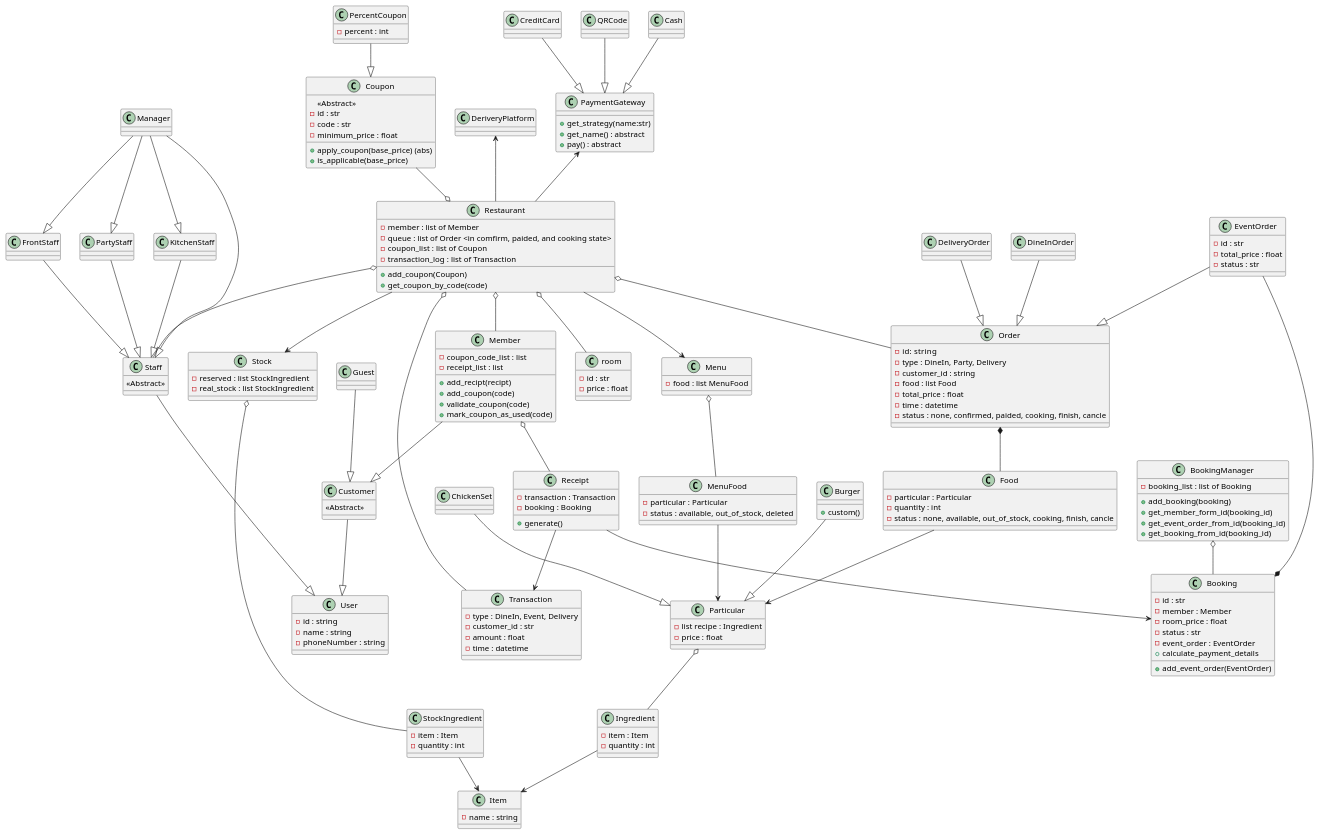
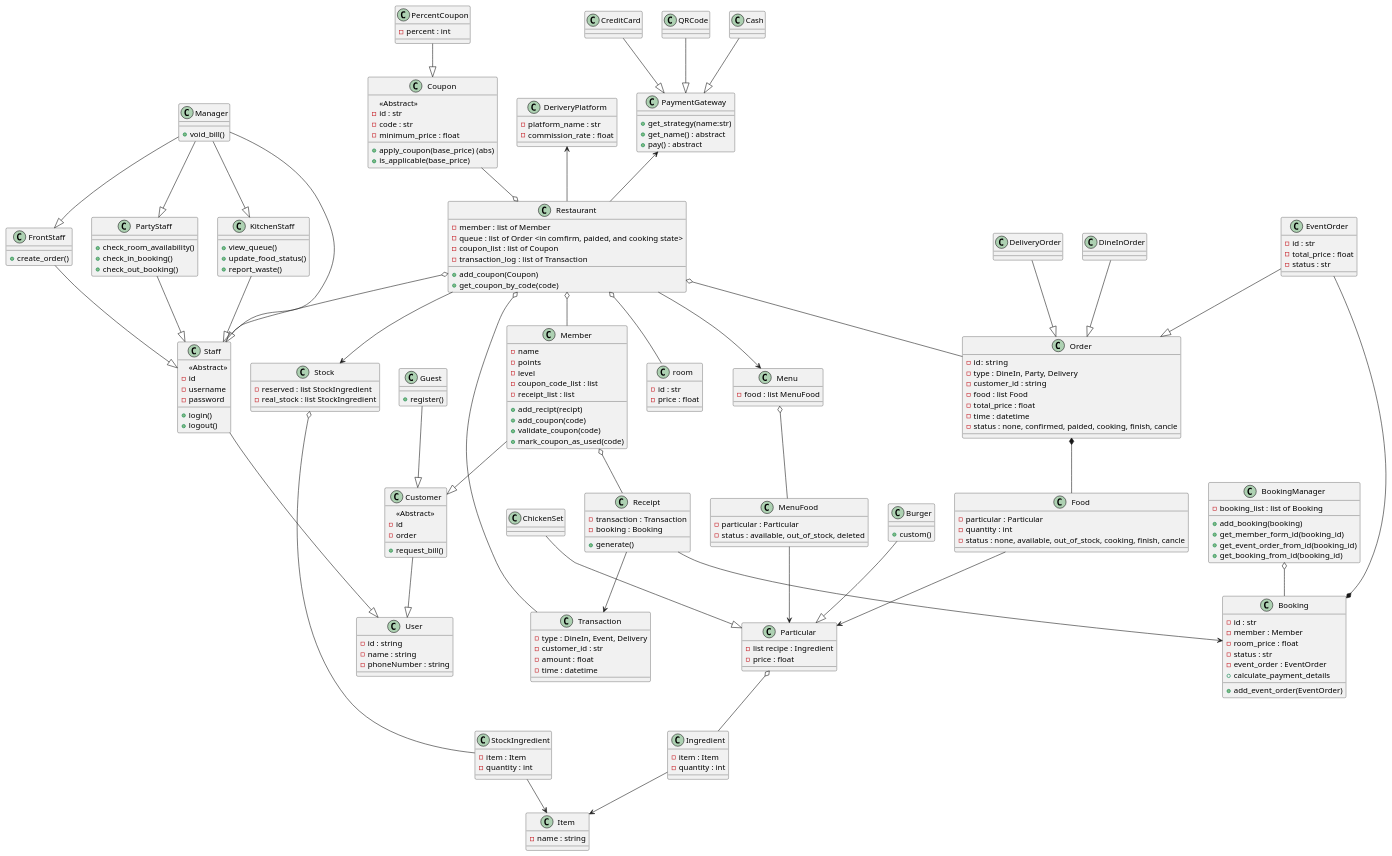
The diagram in shared/doc/class_diagram.puml (twrrippy/knight-chicken-oop), drawn with PlantUML before and after one commit.

Commit message:
Enhance class diagram; add attributes and methods for Customer, Member, Staff, and DeriveryPlatform classes

```diff
--- a/shared/doc/class_diagram.puml
+++ b/shared/doc/class_diagram.puml
@@ -20,11 +20,17 @@
 Guest--|>Customer
 class Customer {
     <<Abstract>>
+    - id
+    - order
+    + request_bill()
 }
 class Guest {
-
+    + register()
 }
 class Member{
+    - name
+    - points
+    - level
     - coupon_code_list : list
     - receipt_list : list
     + add_recipt(recipt)
@@ -43,18 +49,27 @@
 Manager--|>KitchenStaff
 class Staff{
     <<Abstract>>
+    - id
+    - username
+    - password
+    + login()
+    + logout()
 }
 class FrontStaff{
-    
+    + create_order()
 }
 class PartyStaff{
-    
+    + check_room_availability()
+    + check_in_booking()
+    + check_out_booking()
 }
 class KitchenStaff{
-    
+    + view_queue()
+    + update_food_status()
+    + report_waste()
 }
 class Manager{
-
+    + void_bill()
 }
 
 DineInOrder --|> Order
@@ -176,14 +191,14 @@
 }
 DeriveryPlatform <-- Restaurant
 class DeriveryPlatform{
-
+    - platform_name : str
+    - commission_rate : float
 }
 PaymentGateway <-- Restaurant
 class PaymentGateway{
     + get_strategy(name:str)
     + get_name() : abstract
     + pay() : abstract
-
 }
 QRCode --|> PaymentGateway
 class QRCode{
```
